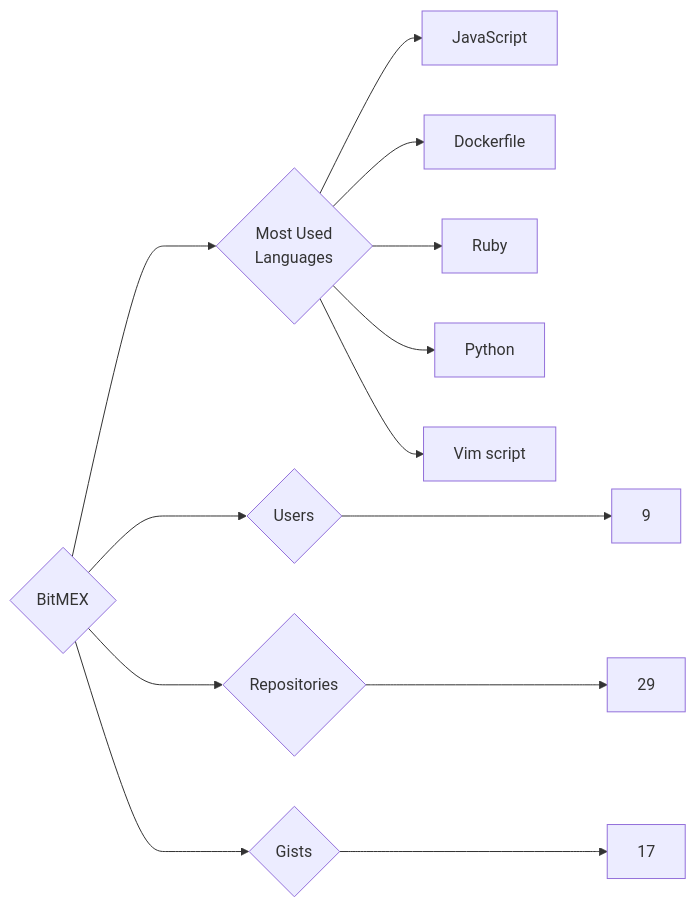
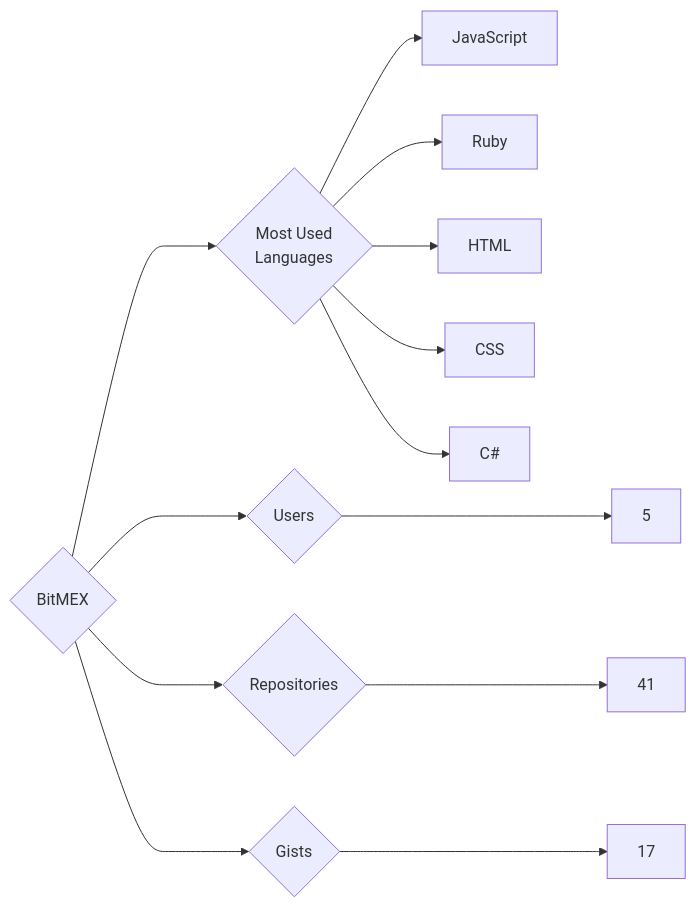
One commit to trickest/insiders changed the diagram in targets/BitMEX/README.md. Above: the diagram before and after it, drawn with Mermaid. The commit also changed 891 other files, not shown here.

````diff
--- a/targets/BitMEX/README.md
+++ b/targets/BitMEX/README.md
@@ -3,13 +3,13 @@
 ```mermaid
 graph LR
 COMPANY_NAME{BitMEX}
-COMPANY_NAME ---> U{Users} ---> UN[9]
-COMPANY_NAME ---> R{Repositories} ---> RN[29]
+COMPANY_NAME ---> U{Users} ---> UN[5]
+COMPANY_NAME ---> R{Repositories} ---> RN[41]
 COMPANY_NAME ---> G{Gists} ---> GN[17]
 COMPANY_NAME ---> ML{Most Used<br>Languages}
 ML --> JavaScript[JavaScript]
-ML --> Dockerfile[Dockerfile]
 ML --> Ruby[Ruby]
-ML --> Python[Python]
-ML --> Vim_script[Vim script]
+ML --> HTML[HTML]
+ML --> CSS[CSS]
+ML --> C#[C#]
 ```
````
